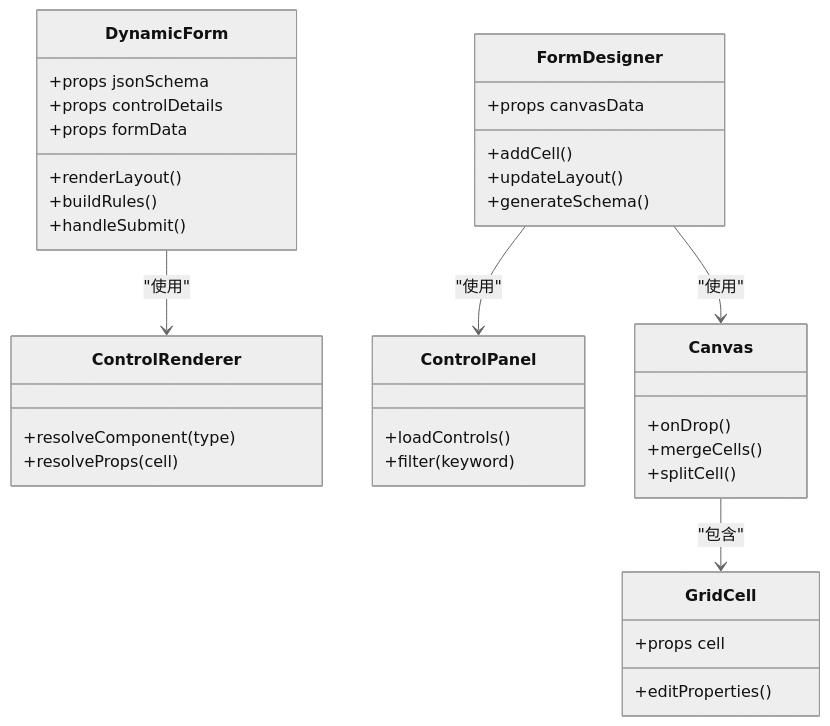
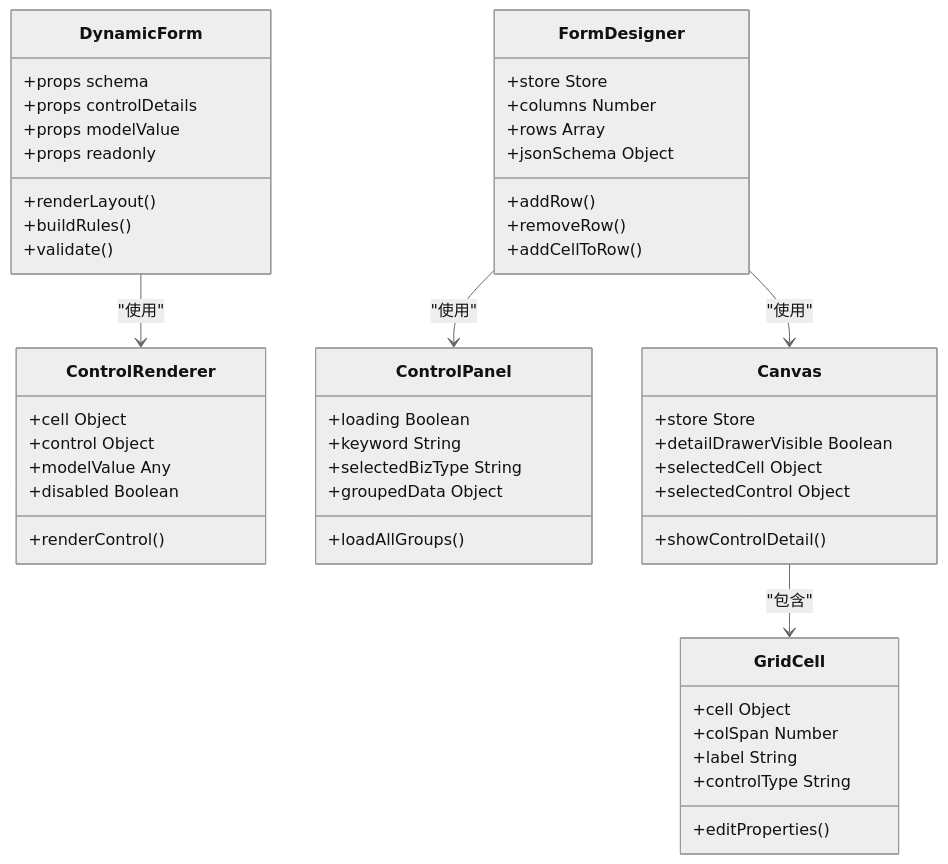
One commit to NJMrLi/genetics changed the fifth of 7 diagrams in .qoder/repowiki/zh/content/前端架构设计/前端架构设计.md. Above: the diagram before and after it, drawn with Mermaid (neutral theme). The commit also changed other lines of this file and 32 other files, not shown here.

````diff
--- a/.qoder/repowiki/zh/content/前端架构设计/前端架构设计.md
+++ b/.qoder/repowiki/zh/content/前端架构设计/前端架构设计.md
@@ -194,38 +233,53 @@
 ```mermaid
 classDiagram
 class DynamicForm {
-+props jsonSchema
++props schema
 +props controlDetails
-+props formData
++props modelValue
++props readonly
 +renderLayout()
 +buildRules()
-+handleSubmit()
++validate()
 }
 class ControlRenderer {
-+resolveComponent(type)
-+resolveProps(cell)
++cell Object
++control Object
++modelValue Any
++disabled Boolean
++renderControl()
 }
 class FormDesigner {
-+props canvasData
-+addCell()
-+updateLayout()
-+generateSchema()
++store Store
++columns Number
++rows Array
++jsonSchema Object
++addRow()
++removeRow()
++addCellToRow()
 }
 class ControlPanel {
-+loadControls()
-+filter(keyword)
++loading Boolean
++keyword String
++selectedBizType String
++groupedData Object
++loadAllGroups()
 }
 class Canvas {
-+onDrop()
-+mergeCells()
-+splitCell()
++store Store
++detailDrawerVisible Boolean
++selectedCell Object
++selectedControl Object
++showControlDetail()
 }
 class GridCell {
-+props cell
++cell Object
++colSpan Number
++label String
++controlType String
 +editProperties()
 }
 DynamicForm --> ControlRenderer : "使用"
 FormDesigner --> ControlPanel : "使用"
 FormDesigner --> Canvas : "使用"
 Canvas --> GridCell : "包含"
 ```
````
